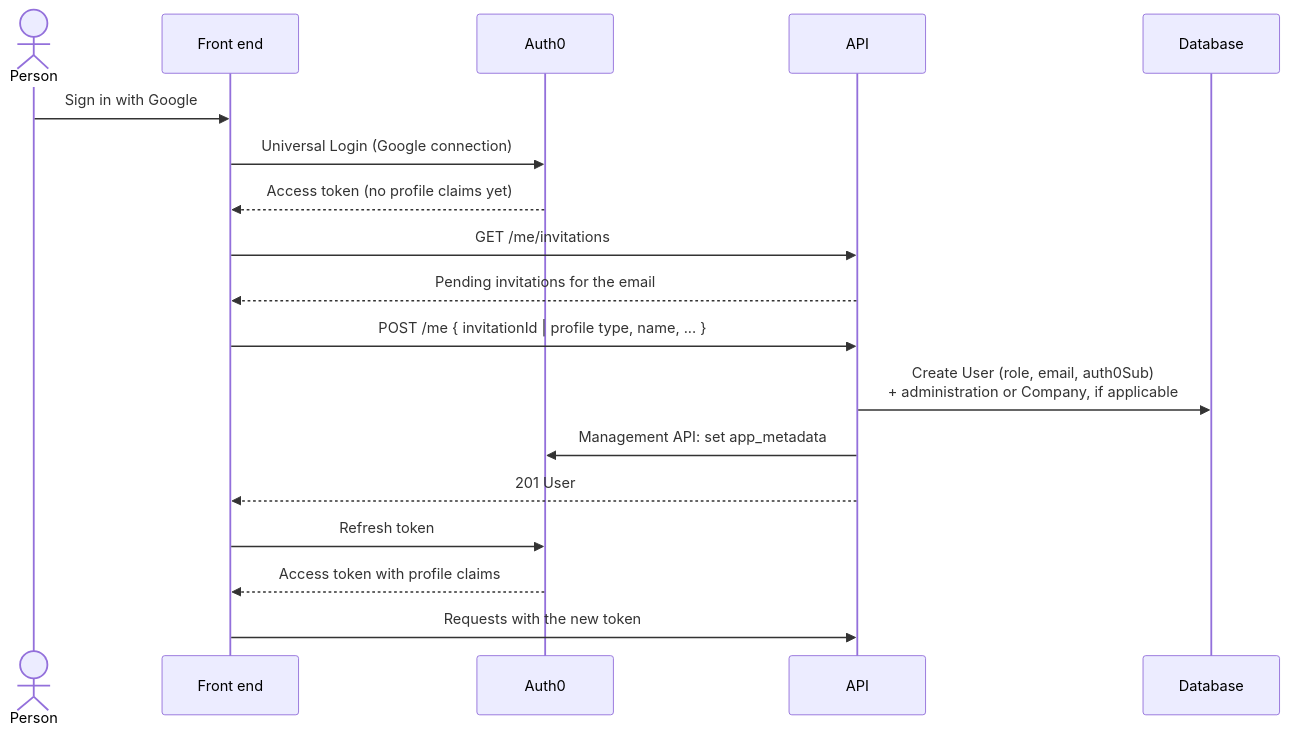
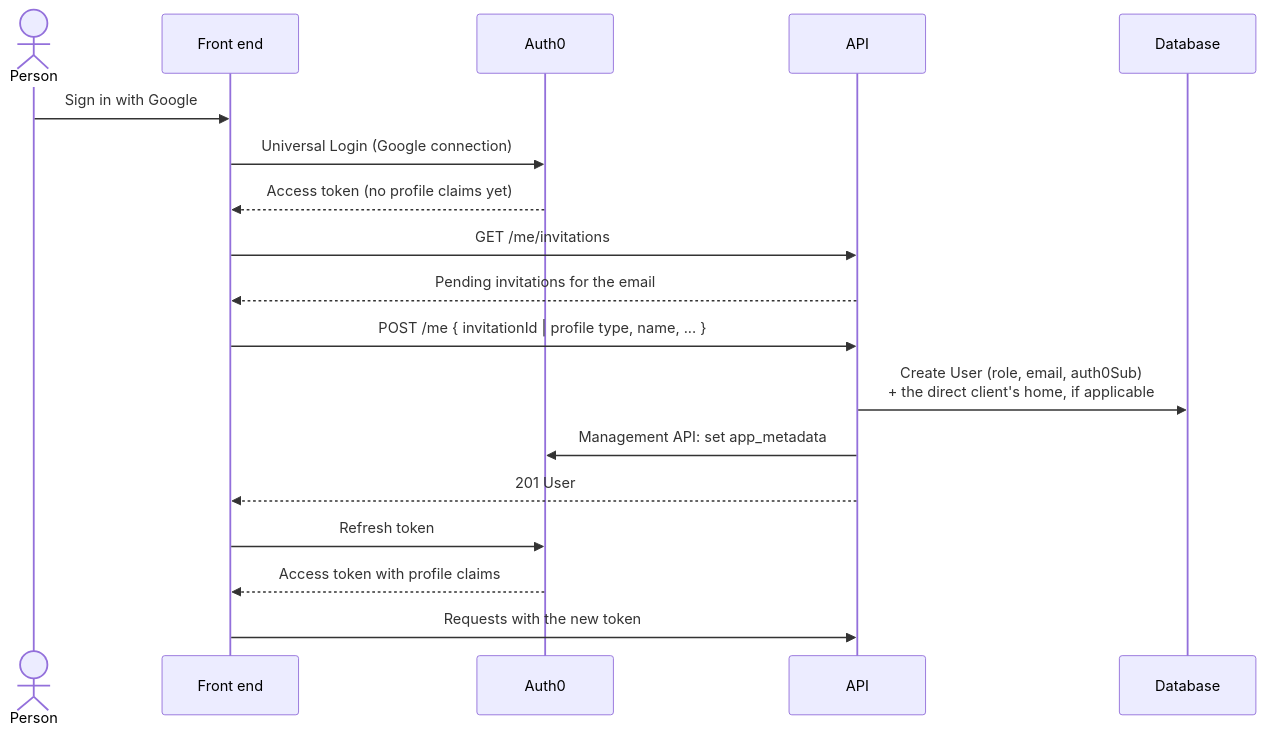
One commit to nicolasm91/property-maintenance-api changed the fourth of 4 diagrams in docs/system-design.md. Above: the diagram before and after it, drawn with Mermaid. The commit also changed other lines of this file and 18 other files, not shown here.

````diff
--- a/docs/system-design.md
+++ b/docs/system-design.md
@@ -628,21 +630,21 @@
 ```mermaid
 sequenceDiagram
     actor P as Person
     participant FE as Front end
     participant A0 as Auth0
     participant API as API
     participant DB as Database
 
     P->>FE: Sign in with Google
     FE->>A0: Universal Login (Google connection)
     A0-->>FE: Access token (no profile claims yet)
     FE->>API: GET /me/invitations
     API-->>FE: Pending invitations for the email
     FE->>API: POST /me { invitationId | profile type, name, ... }
-    API->>DB: Create User (role, email, auth0Sub)<br/>+ administration or Company, if applicable
+    API->>DB: Create User (role, email, auth0Sub)<br/>+ the direct client's home, if applicable
     API->>A0: Management API: set app_metadata
     API-->>FE: 201 User
     FE->>A0: Refresh token
     A0-->>FE: Access token with profile claims
     FE->>API: Requests with the new token
 ```
````
